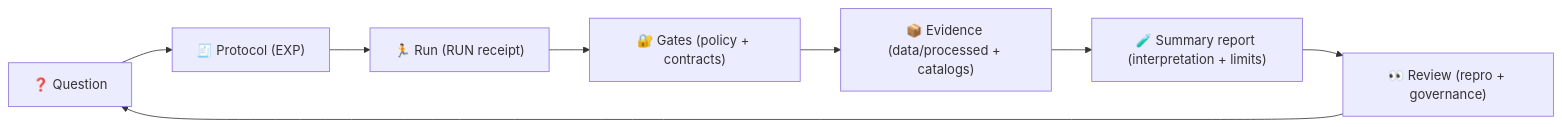
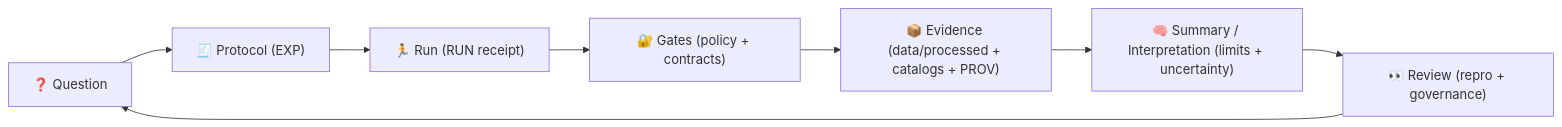
One commit to bartytime4life/Kansas-Frontier-Matrix changed the first of 2 diagrams in mcp/README.md. Above: the diagram before and after it, drawn with Mermaid. The commit also changed other lines of this file, not shown here.

````diff
--- a/mcp/README.md
+++ b/mcp/README.md
@@ -337,10 +355,10 @@
 ```mermaid
 flowchart LR
   Q["❓ Question"] --> P["🧾 Protocol (EXP)"]
   P --> R["🏃 Run (RUN receipt)"]
   R --> G["🔐 Gates (policy + contracts)"]
-  G --> E["📦 Evidence (data/processed + catalogs)"]
-  E --> S["🧪 Summary report (interpretation + limits)"]
+  G --> E["📦 Evidence (data/processed + catalogs + PROV)"]
+  E --> S["🧠 Summary / Interpretation (limits + uncertainty)"]
   S --> V["👀 Review (repro + governance)"]
   V --> Q
 ```
````
